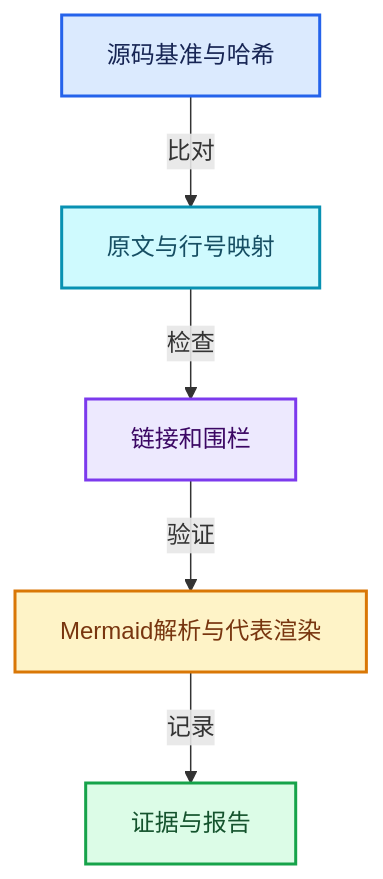
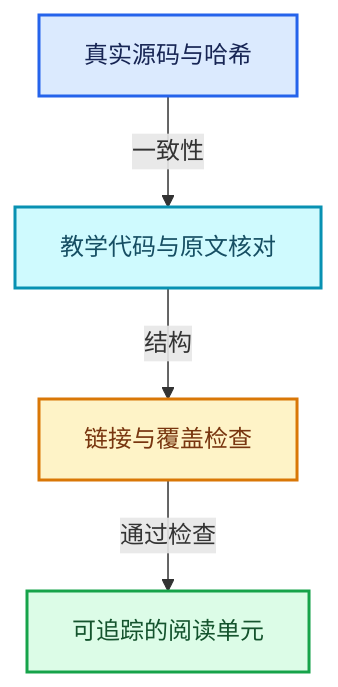
Before and after one commit to yunkezengren/blender-.vscode: the first of 2 diagrams in 杂/markdown/全面学习-codex/验收报告.md, drawn with Mermaid. The commit also changed other lines of this file and 1930 other files, not shown here.

````diff
--- a/杂/markdown/全面学习-codex/验收报告.md
+++ b/杂/markdown/全面学习-codex/验收报告.md
@@ -81,18 +52,16 @@
 ```mermaid
 flowchart TB
-  S["源码基准与哈希"]:::input
-  C["原文与行号映射"]:::data
-  L["链接和围栏"]:::abstraction
-  M["Mermaid解析与代表渲染"]:::compute
-  R["证据与报告"]:::result
-  S -->|"比对"| C
-  C -->|"检查"| L
-  L -->|"验证"| M
-  M -->|"记录"| R
+  S["真实源码与哈希"]:::input
+  A["教学代码与原文核对"]:::data
+  L["链接与覆盖检查"]:::compute
+  R["可追踪的阅读单元"]:::result
+  S -->|"一致性"| A
+  A -->|"结构"| L
+  L -->|"通过检查"| R
   classDef input fill:#DBEAFE,stroke:#2563EB,color:#172554,stroke-width:2px;
   classDef data fill:#CFFAFE,stroke:#0891B2,color:#164E63,stroke-width:2px;
   classDef abstraction fill:#EDE9FE,stroke:#7C3AED,color:#3B0764,stroke-width:2px;
   classDef compute fill:#FEF3C7,stroke:#D97706,color:#78350F,stroke-width:2px;
   classDef result fill:#DCFCE7,stroke:#16A34A,color:#14532D,stroke-width:2px;
   classDef error fill:#FEE2E2,stroke:#DC2626,color:#7F1D1D,stroke-width:2px;
 ```
````
